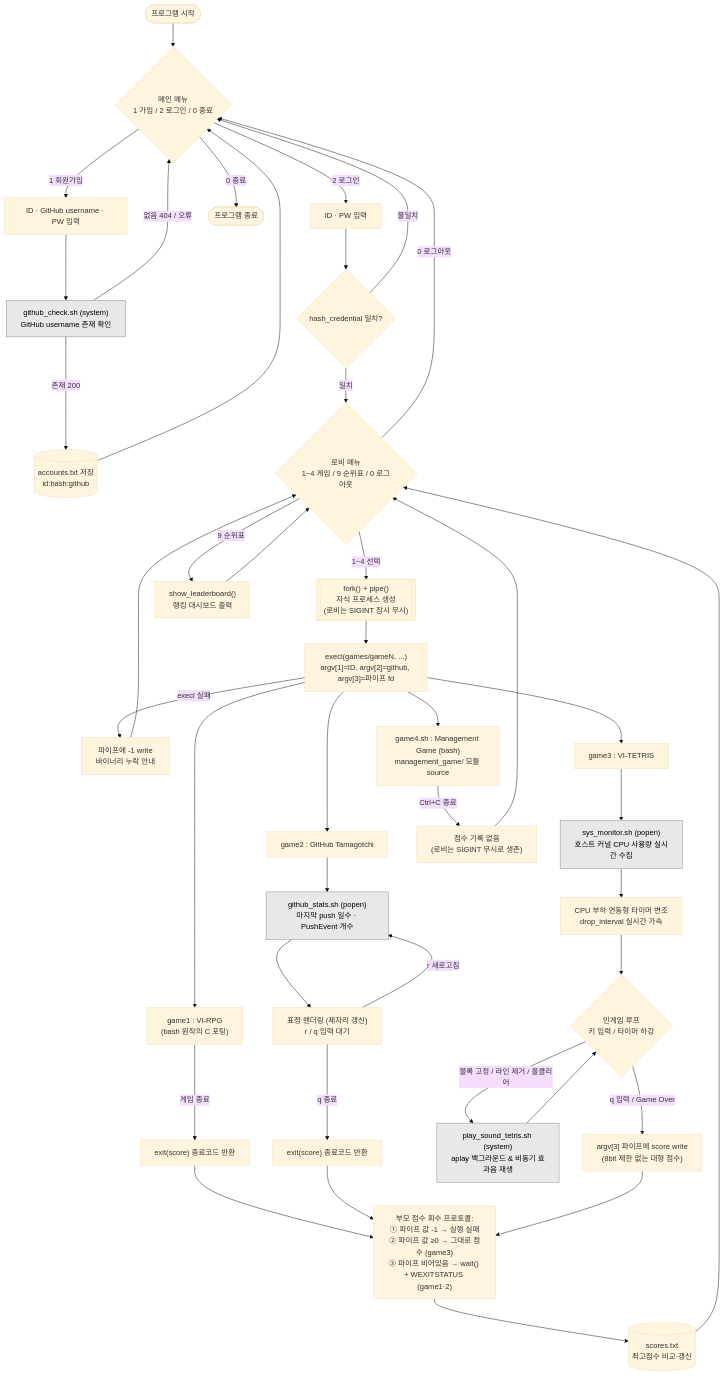
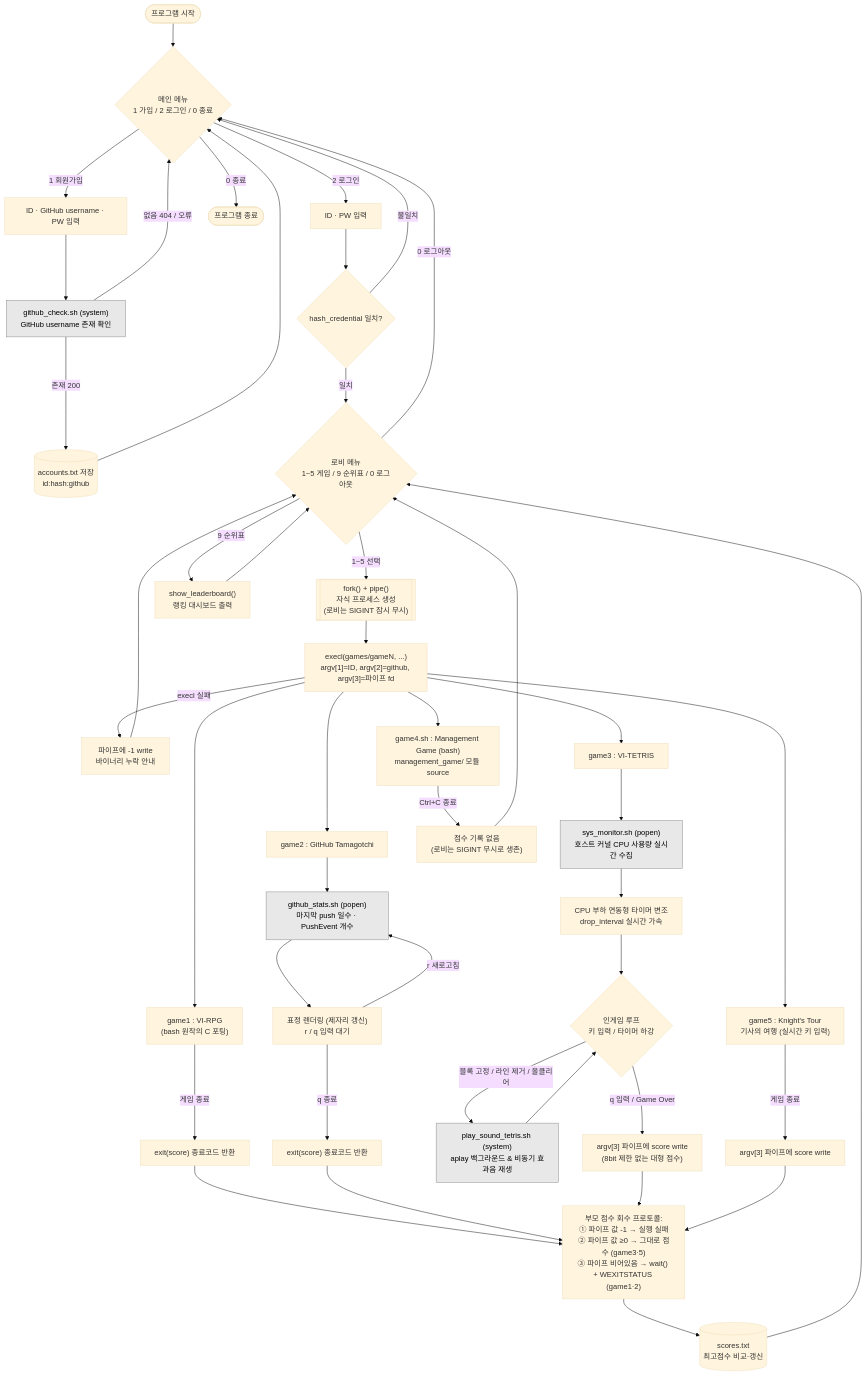
One commit to yechan03/InhaSystemProgramingPBL changed the diagram in README.md. Above: the diagram before and after it, drawn with Mermaid (base theme). The commit also changed other lines of this file, not shown here.

````diff
--- a/README.md
+++ b/README.md
@@ -72,68 +73,73 @@
 ```mermaid
 flowchart TD
     Start([프로그램 시작]) --> Menu{"메인 메뉴<br/>1 가입 / 2 로그인 / 0 종료"}
 
     %% ---- 회원가입 ----
     Menu -->|1 회원가입| Reg["ID · GitHub username · PW 입력"]
     Reg --> GHChk["github_check.sh (system)<br/>GitHub username 존재 확인"]
     GHChk -->|존재 200| SaveAcc[("accounts.txt 저장<br/>id:hash:github")]
     GHChk -->|없음 404 / 오류| Menu
     SaveAcc --> Menu
 
     %% ---- 로그인 ----
     Menu -->|2 로그인| Login["ID · PW 입력"]
     Login --> Verify{"hash_credential 일치?"}
     Verify -->|불일치| Menu
-    Verify -->|일치| Lobby{"로비 메뉴<br/>1~4 게임 / 9 순위표 / 0 로그아웃"}
+    Verify -->|일치| Lobby{"로비 메뉴<br/>1~5 게임 / 9 순위표 / 0 로그아웃"}
 
     Menu -->|0 종료| End([프로그램 종료])
 
     %% ---- 게임 실행 공통 ----
-    Lobby -->|1~4 선택| Fork[["fork() + pipe()<br/>자식 프로세스 생성<br/>(로비는 SIGINT 잠시 무시)"]]
+    Lobby -->|1~5 선택| Fork[["fork() + pipe()<br/>자식 프로세스 생성<br/>(로비는 SIGINT 잠시 무시)"]]
     Fork --> Exec["execl(games/gameN, ...)<br/>argv[1]=ID, argv[2]=github, argv[3]=파이프 fd"]
     Exec -->|execl 실패| ExecFail["파이프에 -1 write<br/>바이너리 누락 안내"]
     ExecFail --> Lobby
 
     %% ---- Game 1 분기 (VI-RPG) ----
     Exec --> G1["game1 : VI-RPG<br/>(bash 원작의 C 포팅)"]
     G1 -->|게임 종료| ExitScore1["exit(score) 종료코드 반환"]
 
     %% ---- Game 2 분기 ----
     Exec --> G2["game2 : GitHub Tamagotchi"]
     G2 --> Stats["github_stats.sh (popen)<br/>마지막 push 일수 · PushEvent 개수"]
     Stats --> Face["표정 렌더링 (제자리 갱신)<br/>r / q 입력 대기"]
     Face -->|r 새로고침| Stats
     Face -->|q 종료| ExitScore["exit(score) 종료코드 반환"]
 
     %% ---- Game 3 분기 (테트리스 시스템 연동) ----
     Exec --> G3["game3 : VI-TETRIS"]
     G3 --> SysMon["sys_monitor.sh (popen)<br/>호스트 커널 CPU 사용량 실시간 수집"]
     SysMon --> SpeedMod["CPU 부하 연동형 타이머 변조<br/>drop_interval 실시간 가속"]
     SpeedMod --> GameLoop{"인게임 루프<br/>키 입력 / 타이머 하강"}
 
     GameLoop -->|블록 고정 / 라인 제거 / 올클리어| SndScript["play_sound_tetris.sh (system)<br/>aplay 백그라운드 & 비동기 효과음 재생"]
     SndScript --> GameLoop
 
     GameLoop -->|q 입력 / Game Over| PipeScore["argv[3] 파이프에 score write<br/>(8bit 제한 없는 대형 점수)"]
 
     %% ---- Game 4 분기 (자원 경영 시뮬레이션) ----
     Exec --> G4["game4.sh : Management Game (bash)<br/>management_game/ 모듈 source"]
     G4 -->|Ctrl+C 종료| G4End["점수 기록 없음<br/>(로비는 SIGINT 무시로 생존)"]
     G4End --> Lobby
 
+    %% ---- Game 5 분기 (기사의 여행) ----
+    Exec --> G5["game5 : Knight's Tour<br/>기사의 여행 (실시간 키 입력)"]
+    G5 -->|게임 종료| PipeScore5["argv[3] 파이프에 score write"]
+
     %% ---- 자식 종료 및 결산 공통 ----
-    ExitScore1 --> Wait["부모 점수 회수 프로토콜:<br/>① 파이프 값 -1 → 실행 실패<br/>② 파이프 값 ≥0 → 그대로 점수 (game3)<br/>③ 파이프 비어있음 → wait() + WEXITSTATUS (game1·2)"]
+    ExitScore1 --> Wait["부모 점수 회수 프로토콜:<br/>① 파이프 값 -1 → 실행 실패<br/>② 파이프 값 ≥0 → 그대로 점수 (game3·5)<br/>③ 파이프 비어있음 → wait() + WEXITSTATUS (game1·2)"]
     ExitScore --> Wait
     PipeScore --> Wait
+    PipeScore5 --> Wait
     Wait --> SaveScore[("scores.txt<br/>최고점수 비교·갱신")]
     SaveScore --> Lobby
 
     %% ---- 순위표 / 로그아웃 ----
     Lobby -->|9 순위표| Board["show_leaderboard()<br/>랭킹 대시보드 출력"]
     Board --> Lobby
     Lobby -->|0 로그아웃| Menu
 
     %% ---- 외부 스크립트 노드 강조 ----
     classDef sh fill:#e8e8e8,stroke:#888,color:#000;
     class GHChk,Stats,SysMon,SndScript sh;
 ```
````
